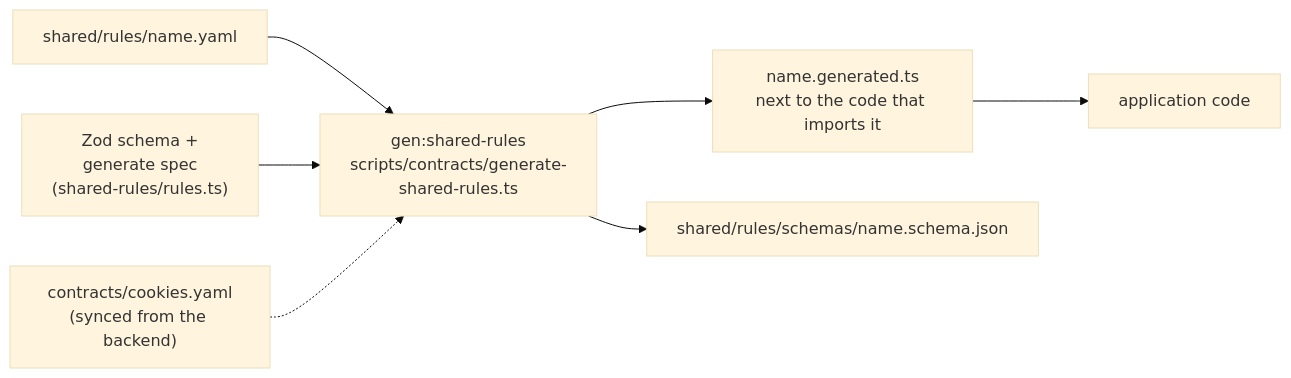
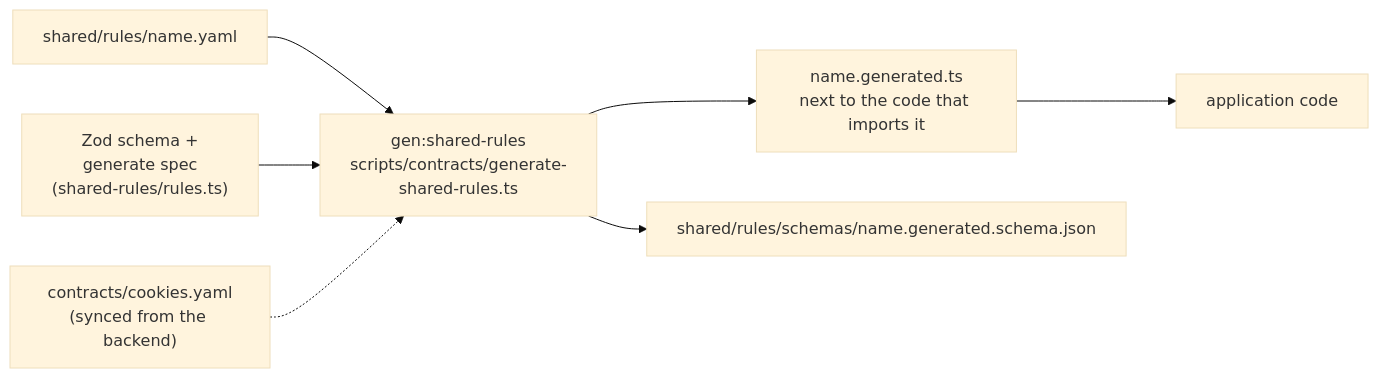
One commit to Guebbit/boilerplate-vue-frontend changed the diagram in docs/tools/shared-rules.md. Above: the diagram before and after it, drawn with Mermaid (base theme). The commit also changed 99 other files, not shown here.

First line of the commit message:
refactor(contracts): mark every generated output with a .generated name

````diff
--- a/docs/tools/shared-rules.md
+++ b/docs/tools/shared-rules.md
@@ -13,9 +13,9 @@
 ```mermaid
 flowchart LR
   Y["shared/rules/name.yaml"] --> G["gen:shared-rules\nscripts/contracts/generate-shared-rules.ts"]
   Z["Zod schema +\ngenerate spec\n(shared-rules/rules.ts)"] --> G
   S["contracts/cookies.yaml\n(synced from the backend)"] -.-> G
   G --> T["name.generated.ts\nnext to the code that imports it"]
-  G --> J["shared/rules/schemas/name.schema.json"]
+  G --> J["shared/rules/schemas/name.generated.schema.json"]
   T --> C["application code"]
 ```
````
